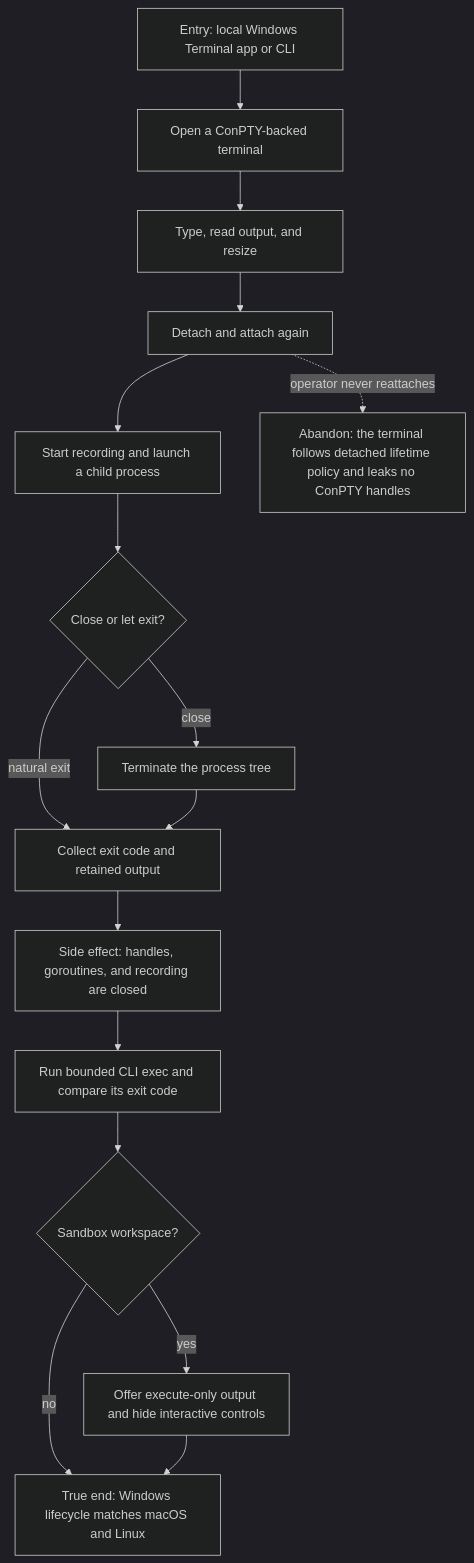
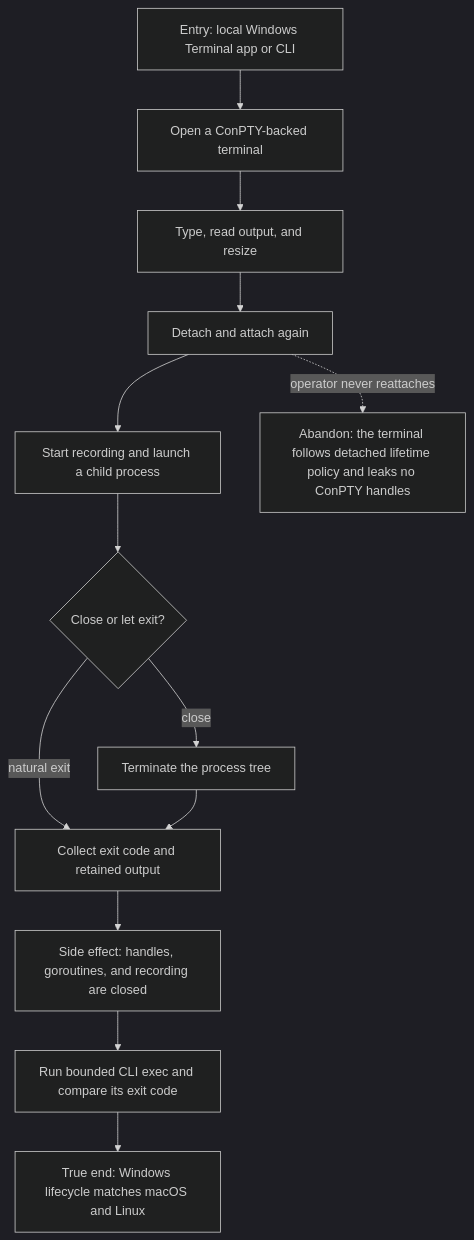
One commit to compozy/compozy changed the diagram in docs/qa/journeys/J-operate-terminal-windows.md. Above: the diagram before and after it, drawn with Mermaid (dark theme). The commit also changed other lines of this file and 4091 other files, not shown here.

````diff
--- a/docs/qa/journeys/J-operate-terminal-windows.md
+++ b/docs/qa/journeys/J-operate-terminal-windows.md
@@ -6,18 +6,15 @@
 ```mermaid
 flowchart TD
   A[Entry: local Windows Terminal app or CLI] --> B[Open a ConPTY-backed terminal]
   B --> C[Type, read output, and resize]
   C --> D[Detach and attach again]
   D --> E[Start recording and launch a child process]
   E --> F{Close or let exit?}
   F -->|close| G[Terminate the process tree]
   F -->|natural exit| H[Collect exit code and retained output]
   G --> H
   H --> I[Side effect: handles, goroutines, and recording are closed]
   I --> J[Run bounded CLI exec and compare its exit code]
-  J --> K{Sandbox workspace?}
-  K -->|yes| L[Offer execute-only output and hide interactive controls]
-  K -->|no| Z[True end: Windows lifecycle matches macOS and Linux]
-  L --> Z
+  J --> Z[True end: Windows lifecycle matches macOS and Linux]
   D -.->|operator never reattaches| X1[Abandon: the terminal follows detached lifetime policy and leaks no ConPTY handles]
 ```
````
